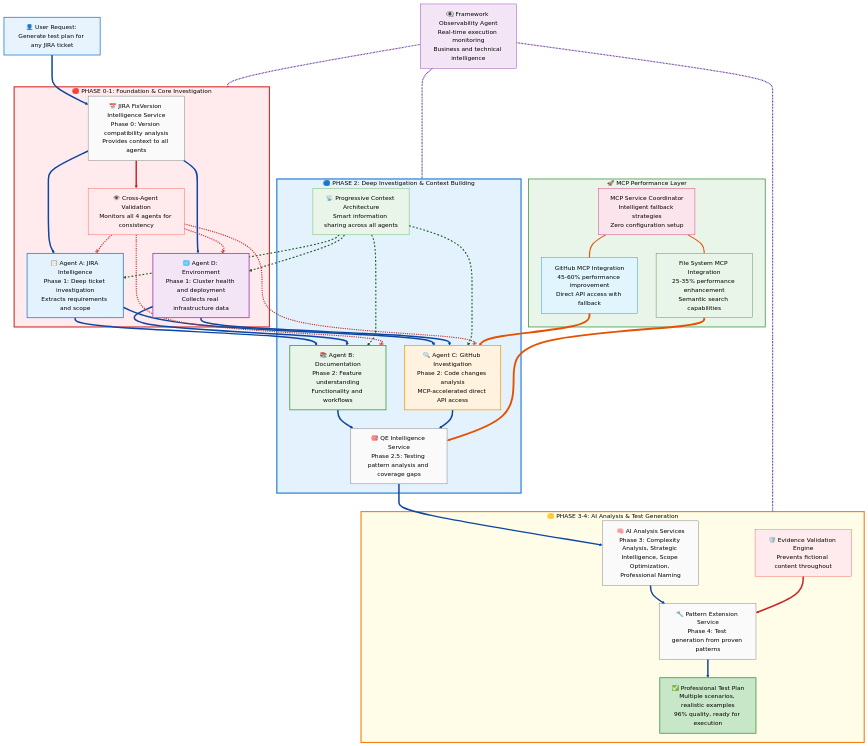
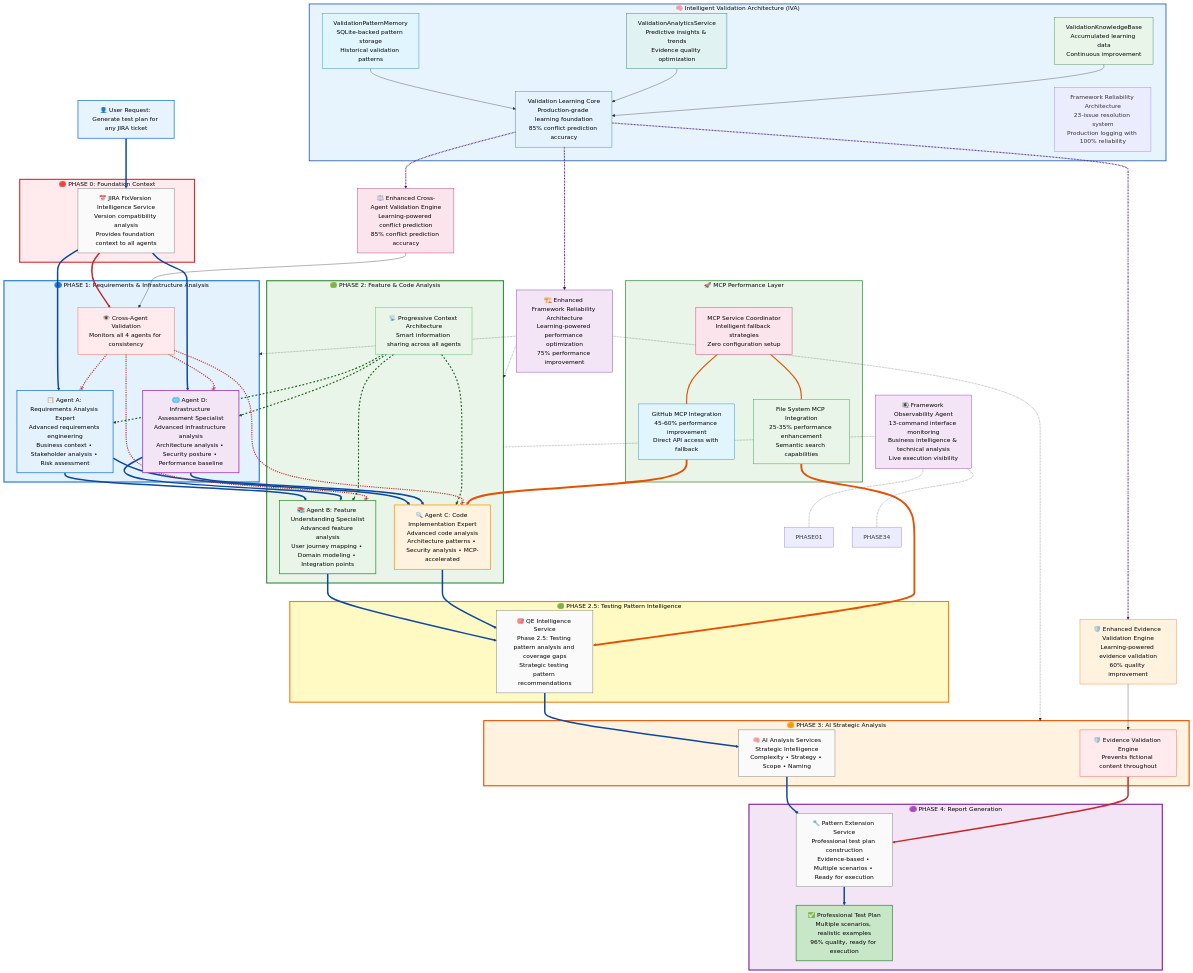
One commit to stolostron/ai-test-gen changed the second of 11 diagrams in apps/claude-test-generator/docs/agents_concepts_workflow.md. Above: the diagram before and after it, drawn with Mermaid. The commit also changed other lines of this file and 204 other files, not shown here.

```diff
--- a/apps/claude-test-generator/docs/agents_concepts_workflow.md
+++ b/apps/claude-test-generator/docs/agents_concepts_workflow.md
@@ -45,33 +113,44 @@
     %% User Request
     START[👤 User Request: Generate test plan for any JIRA ticket]
     
-    %% === PHASE 0-1: FOUNDATION & CORE AGENTS ===
-    subgraph PHASE01["🔴 PHASE 0-1: Foundation & Core Investigation"]
-        VERSION_SERVICE[📅 JIRA FixVersion Intelligence Service<br/>Phase 0: Version compatibility analysis<br/>Provides context to all agents]
-        
-        AGENT_A[📋 Agent A: JIRA Intelligence<br/>Phase 1: Deep ticket investigation<br/>Extracts requirements and scope]
-        AGENT_D[🌐 Agent D: Environment<br/>Phase 1: Cluster health and deployment<br/>Collects real infrastructure data]
+    %% === PHASE 0: FOUNDATION ===
+    subgraph PHASE0["🔴 PHASE 0: Foundation Context"]
+        VERSION_SERVICE[📅 JIRA FixVersion Intelligence Service<br/>Version compatibility analysis<br/>Provides foundation context to all agents]
+    end
+    
+    %% === PHASE 1: REQUIREMENTS & INFRASTRUCTURE ===
+    subgraph PHASE1["🔵 PHASE 1: Requirements & Infrastructure Analysis"]
+        AGENT_A[📋 Agent A: Requirements Analysis Expert<br/>Advanced requirements engineering<br/>Business context • Stakeholder analysis • Risk assessment]
+        AGENT_D[🌐 Agent D: Infrastructure Assessment Specialist<br/>Advanced infrastructure analysis<br/>Architecture analysis • Security posture • Performance baseline]
         
         CROSS_VALIDATION[👁️ Cross-Agent Validation<br/>Monitors all 4 agents for consistency]
     end
     
-    %% === PHASE 2: INVESTIGATION AGENTS ===
-    subgraph PHASE2["🔵 PHASE 2: Deep Investigation & Context Building"]
-        AGENT_B[📚 Agent B: Documentation<br/>Phase 2: Feature understanding<br/>Functionality and workflows]
-        AGENT_C[🔍 Agent C: GitHub Investigation<br/>Phase 2: Code changes analysis<br/>MCP-accelerated direct API access]
+    %% === PHASE 2: FEATURE & CODE ANALYSIS ===
+    subgraph PHASE2["🟢 PHASE 2: Feature & Code Analysis"]
+        AGENT_B[📚 Agent B: Feature Understanding Specialist<br/>Advanced feature analysis<br/>User journey mapping • Domain modeling • Integration points]
+        AGENT_C[🔍 Agent C: Code Implementation Expert<br/>Advanced code analysis<br/>Architecture patterns • Security analysis • MCP-accelerated]
         
         CONTEXT_ARCHITECTURE[📡 Progressive Context Architecture<br/>Smart information sharing across all agents]
-        QE_SERVICE[🎯 QE Intelligence Service<br/>Phase 2.5: Testing pattern analysis and coverage gaps]
     end
     
-    %% === PHASE 3-4: AI SERVICES & GENERATION ===
-    subgraph PHASE34["🟡 PHASE 3-4: AI Analysis & Test Generation"]
-        AI_SERVICES[🧠 AI Analysis Services<br/>Phase 3: Complexity Analysis, Strategic Intelligence, Scope Optimization, Professional Naming]
+    %% === PHASE 2.5: TESTING INTELLIGENCE ===
+    subgraph PHASE25["🟢 PHASE 2.5: Testing Pattern Intelligence"]
+        QE_SERVICE[🎯 QE Intelligence Service<br/>Phase 2.5: Testing pattern analysis and coverage gaps<br/>Strategic testing pattern recommendations]
+    end
+    
+    %% === PHASE 3: AI STRATEGIC ANALYSIS ===
+    subgraph PHASE3["🟠 PHASE 3: AI Strategic Analysis"]
+        AI_SERVICES[🧠 AI Analysis Services<br/>Strategic Intelligence<br/>Complexity • Strategy • Scope • Naming]
         
-        VALIDATION_SERVICE[🛡️ Evidence Validation Engine<br/>Prevents fictional content throughout]
-        PATTERN_SERVICE[🔧 Pattern Extension Service<br/>Phase 4: Test generation from proven patterns]
-        
-        FINAL[✅ Professional Test Plan<br/>Multiple scenarios, realistic examples<br/>96% quality, ready for execution]
+    VALIDATION_SERVICE[🛡️ Evidence Validation Engine<br/>Prevents fictional content throughout]
+    end
+    
+    %% === PHASE 4: REPORT GENERATION ===
+    subgraph PHASE4["🟣 PHASE 4: Report Generation"]
+        PATTERN_SERVICE[🔧 Pattern Extension Service<br/>Professional test plan construction<br/>Evidence-based • Multiple scenarios • Ready for execution]
+    
+    FINAL[✅ Professional Test Plan<br/>Multiple scenarios, realistic examples<br/>96% quality, ready for execution]
     end
     
     %% === MCP INTEGRATION (Right Side) ===
@@ -81,8 +160,22 @@
         MCP_COORDINATOR[MCP Service Coordinator<br/>Intelligent fallback strategies<br/>Zero configuration setup]
     end
     
+    %% === INTELLIGENT VALIDATION ARCHITECTURE ===
+    subgraph LEARNING["🧠 Intelligent Validation Architecture (IVA)"]
+        LEARNING_CORE[Validation Learning Core<br/>Production-grade learning foundation<br/>85% conflict prediction accuracy]
+        PATTERN_MEMORY[ValidationPatternMemory<br/>SQLite-backed pattern storage<br/>Historical validation patterns]
+        ANALYTICS_SERVICE[ValidationAnalyticsService<br/>Predictive insights & trends<br/>Evidence quality optimization]
+        KNOWLEDGE_BASE[ValidationKnowledgeBase<br/>Accumulated learning data<br/>Continuous improvement]
+        FRAMEWORK_RELIABILITY[Framework Reliability Architecture<br/>23-issue resolution system<br/>Production logging with 100% reliability]
+    end
+    
     %% === OBSERVABILITY ===
-    OBSERVABILITY[👁️‍🗨️ Framework Observability Agent<br/>Real-time execution monitoring<br/>Business and technical intelligence]
+    OBSERVABILITY[👁️‍🗨️ Framework Observability Agent<br/>13-command interface monitoring<br/>Business intelligence & technical analysis<br/>Live execution visibility]
+    
+    %% === ENHANCED VALIDATION ENGINES ===
+    ENHANCED_EVIDENCE[🛡️ Enhanced Evidence Validation Engine<br/>Learning-powered evidence validation<br/>60% quality improvement]
+    ENHANCED_CROSS_AGENT[⚖️ Enhanced Cross-Agent Validation Engine<br/>Learning-powered conflict prediction<br/>85% conflict prediction accuracy]
+    ENHANCED_RELIABILITY[🏗️ Enhanced Framework Reliability Architecture<br/>Learning-powered performance optimization<br/>75% performance improvement]
     
     %% === MAIN WORKFLOW (Thick dark arrows) ===
     START --> VERSION_SERVICE
@@ -117,6 +210,21 @@
     MCP_FILESYSTEM ==> QE_SERVICE
     MCP_COORDINATOR --- MCP_GITHUB
     MCP_COORDINATOR --- MCP_FILESYSTEM
+    
+    %% === LEARNING INTEGRATION (Bold cyan) ===
+    LEARNING_CORE ==> ENHANCED_EVIDENCE
+    LEARNING_CORE ==> ENHANCED_CROSS_AGENT
+    LEARNING_CORE ==> ENHANCED_RELIABILITY
+    PATTERN_MEMORY --> LEARNING_CORE
+    ANALYTICS_SERVICE --> LEARNING_CORE
+    KNOWLEDGE_BASE --> LEARNING_CORE
+    
+    %% === ENHANCED VALIDATION INTEGRATION ===
+    ENHANCED_EVIDENCE --> VALIDATION_SERVICE
+    ENHANCED_CROSS_AGENT --> CROSS_VALIDATION
+    ENHANCED_RELIABILITY -.-> PHASE1
+    ENHANCED_RELIABILITY -.-> PHASE2
+    ENHANCED_RELIABILITY -.-> PHASE3
     
     %% === OBSERVABILITY MONITORING (Bold purple dotted) ===
     OBSERVABILITY -.- PHASE01
@@ -165,9 +273,12 @@
     
     %% === STYLING ===
     %% Phase sections
-    style PHASE01 fill:#ffebee,stroke:#d32f2f,stroke-width:3px,color:#000
-    style PHASE2 fill:#e3f2fd,stroke:#1976d2,stroke-width:3px,color:#000
-    style PHASE34 fill:#fffde7,stroke:#f57f17,stroke-width:3px,color:#000
+    style PHASE0 fill:#ffebee,stroke:#d32f2f,stroke-width:3px,color:#000
+    style PHASE1 fill:#e3f2fd,stroke:#1976d2,stroke-width:3px,color:#000
+    style PHASE2 fill:#e8f5e8,stroke:#388e3c,stroke-width:3px,color:#000
+    style PHASE25 fill:#fff9c4,stroke:#f57f17,stroke-width:3px,color:#000
+    style PHASE3 fill:#fff3e0,stroke:#e65100,stroke-width:3px,color:#000
+    style PHASE4 fill:#f3e5f5,stroke:#7b1fa2,stroke-width:3px,color:#000
     style MCP fill:#e8f5e8,stroke:#388e3c,stroke-width:2px,color:#000
     
     %% Core agents (distinct colors)
@@ -191,6 +302,16 @@
     style MCP_FILESYSTEM fill:#e8f5e8,stroke:#2e7d32,stroke-width:1px,color:#000
     style MCP_COORDINATOR fill:#fce4ec,stroke:#c2185b,stroke-width:1px,color:#000
     
+    %% Learning components
+    style LEARNING fill:#e8f4fd,stroke:#0d47a1,stroke-width:2px,color:#000
+    style LEARNING_CORE fill:#e3f2fd,stroke:#1565c0,stroke-width:1px,color:#000
+    style PATTERN_MEMORY fill:#e1f5fe,stroke:#0277bd,stroke-width:1px,color:#000
+    style ANALYTICS_SERVICE fill:#e0f2f1,stroke:#00695c,stroke-width:1px,color:#000
+    style KNOWLEDGE_BASE fill:#e8f5e8,stroke:#2e7d32,stroke-width:1px,color:#000
+    style ENHANCED_EVIDENCE fill:#fff3e0,stroke:#ef6c00,stroke-width:1px,color:#000
+    style ENHANCED_CROSS_AGENT fill:#fce4ec,stroke:#ad1457,stroke-width:1px,color:#000
+    style ENHANCED_RELIABILITY fill:#f3e5f5,stroke:#6a1b9a,stroke-width:1px,color:#000
+    
     %% Start/End
     style START fill:#e8f4fd,stroke:#1976d2,stroke-width:2px,color:#000
     style FINAL fill:#c8e6c8,stroke:#388e3c,stroke-width:2px,color:#000
```
